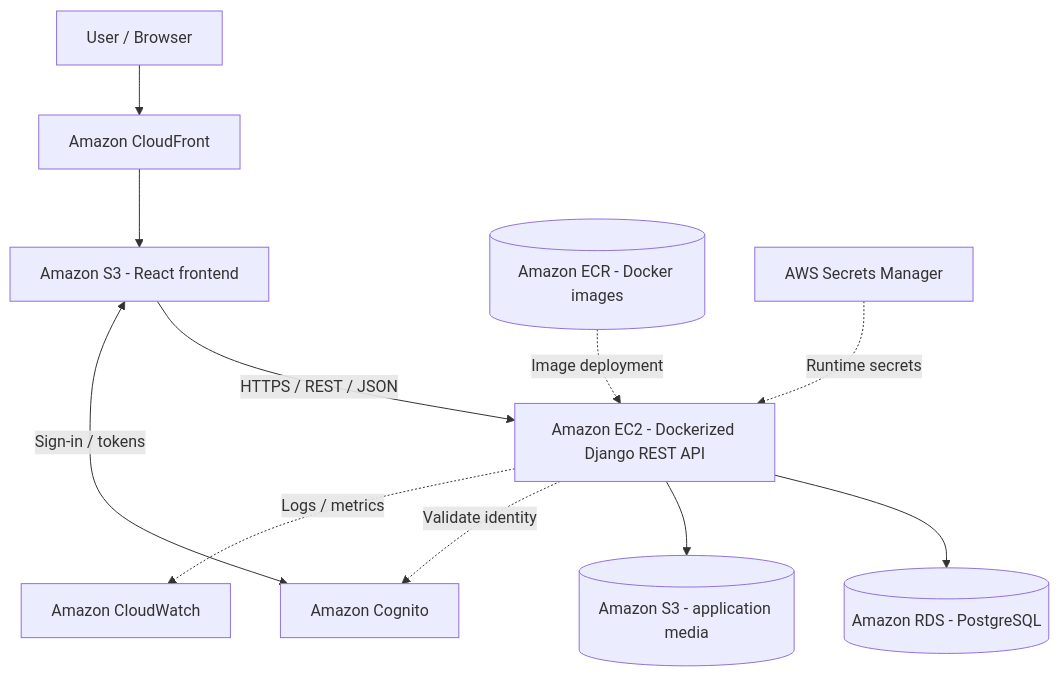
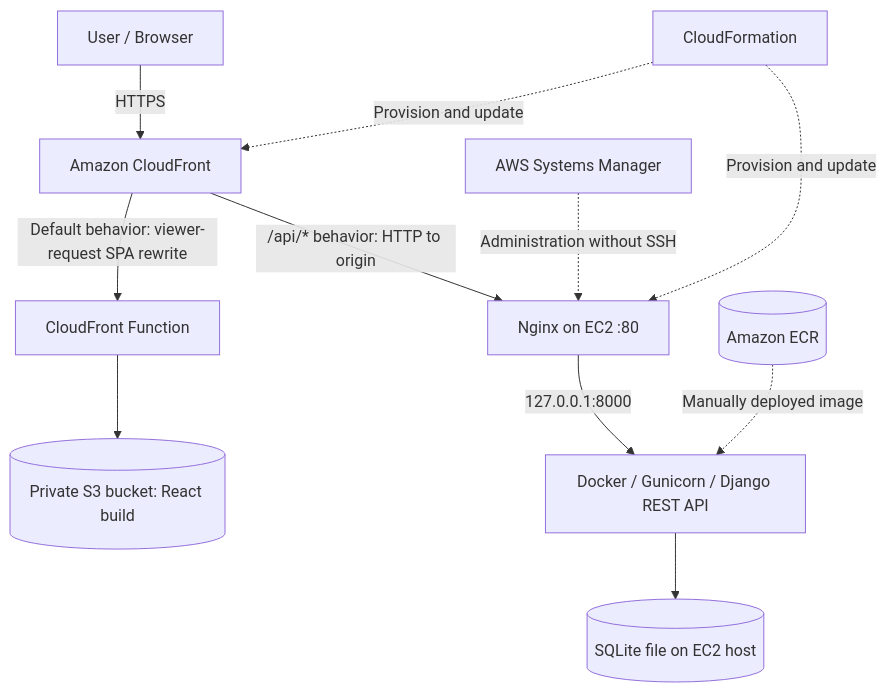
Before and after one commit to sophia-dao/cloud_computing_proj: the first of 3 diagrams in docs/midpoint/PROGRESS.md, drawn with Mermaid. The commit also changed other lines of this file, not shown here.

````diff
--- a/docs/midpoint/PROGRESS.md
+++ b/docs/midpoint/PROGRESS.md
@@ -46,13 +64,13 @@
 ```mermaid
-flowchart TD
-    U[User / Browser] --> CF[Amazon CloudFront]
-    CF --> F[Amazon S3 - React frontend]
-    F -->|HTTPS / REST / JSON| API[Amazon EC2 - Dockerized Django REST API]
-    API --> DB[(Amazon RDS - PostgreSQL)]
-    API --> S3[(Amazon S3 - application media)]
-    F <-->|Sign-in / tokens| C[Amazon Cognito]
-    API -.->|Validate identity| C
-    ECR[(Amazon ECR - Docker images)] -.->|Image deployment| API
-    SEC[AWS Secrets Manager] -.->|Runtime secrets| API
-    API -.->|Logs / metrics| CW[Amazon CloudWatch]
+flowchart TB
+    U[User / Browser] -->|HTTPS| CF[Amazon CloudFront]
+    CF -->|Default behavior: viewer-request SPA rewrite| FN[CloudFront Function]
+    FN --> S3[(Private S3 bucket: React build)]
+    CF -->|/api/* behavior: HTTP to origin| NG[Nginx on EC2 :80]
+    NG -->|127.0.0.1:8000| DK[Docker / Gunicorn / Django REST API]
+    DK --> SQL[(SQLite file on EC2 host)]
+    ECR[(Amazon ECR)] -.->|Manually deployed image| DK
+    SSM[AWS Systems Manager] -.->|Administration without SSH| NG
+    CFN[CloudFormation] -.->|Provision and update| CF
+    CFN -.->|Provision and update| NG
 ```
````
